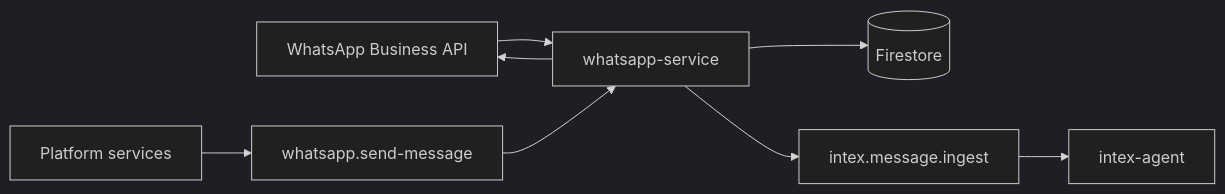
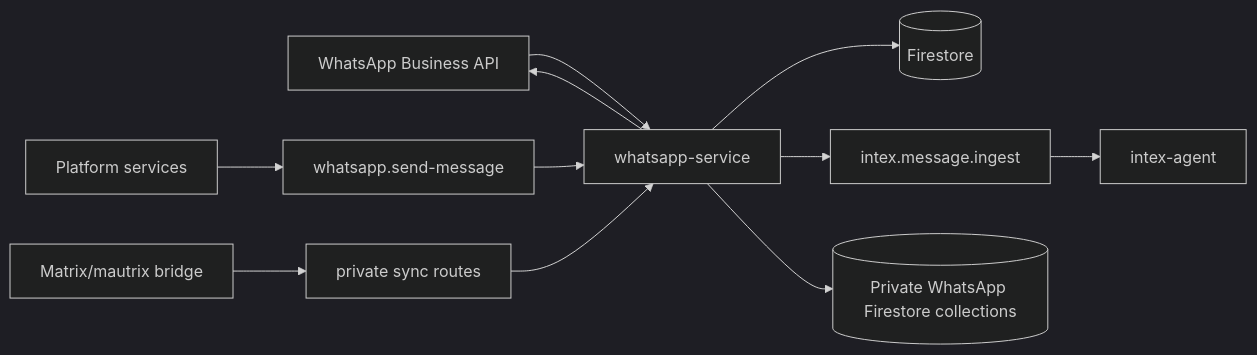
The diagram in docs/services/whatsapp-service/technical.md (pbuchman/intexuraos), drawn with Mermaid (dark theme) before and after one commit. The commit also changed other lines of this file and 79 other files, not shown here.

````diff
--- a/docs/services/whatsapp-service/technical.md
+++ b/docs/services/whatsapp-service/technical.md
@@ -7,10 +7,13 @@
 ```mermaid
 flowchart LR
     Meta[WhatsApp Business API] --> WS[whatsapp-service]
     WS --> Store[(Firestore)]
     WS --> IntexTopic[intex.message.ingest]
     IntexTopic --> Intex[intex-agent]
     Services[Platform services] --> SendTopic[whatsapp.send-message]
     SendTopic --> WS
     WS --> Meta
+    Matrix[Matrix/mautrix bridge] --> PrivateSync[private sync routes]
+    PrivateSync --> WS
+    WS --> PrivateStore[(Private WhatsApp Firestore collections)]
 ```
````
